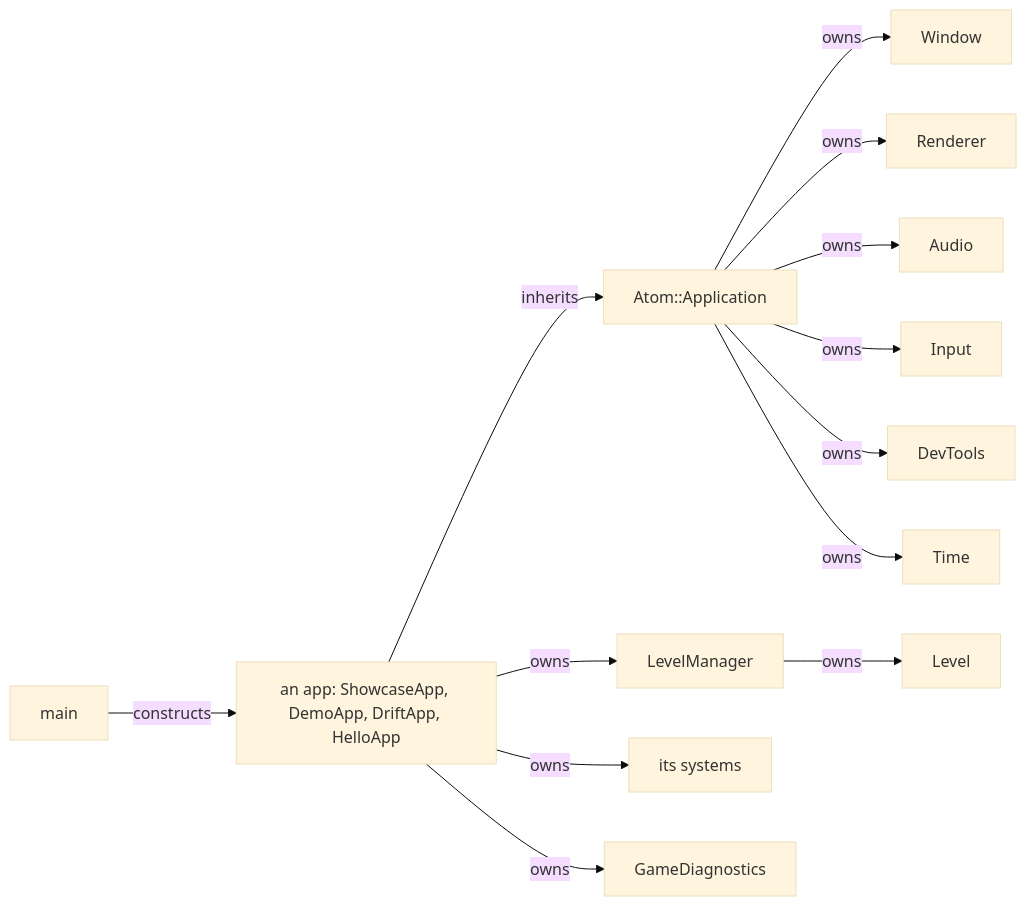
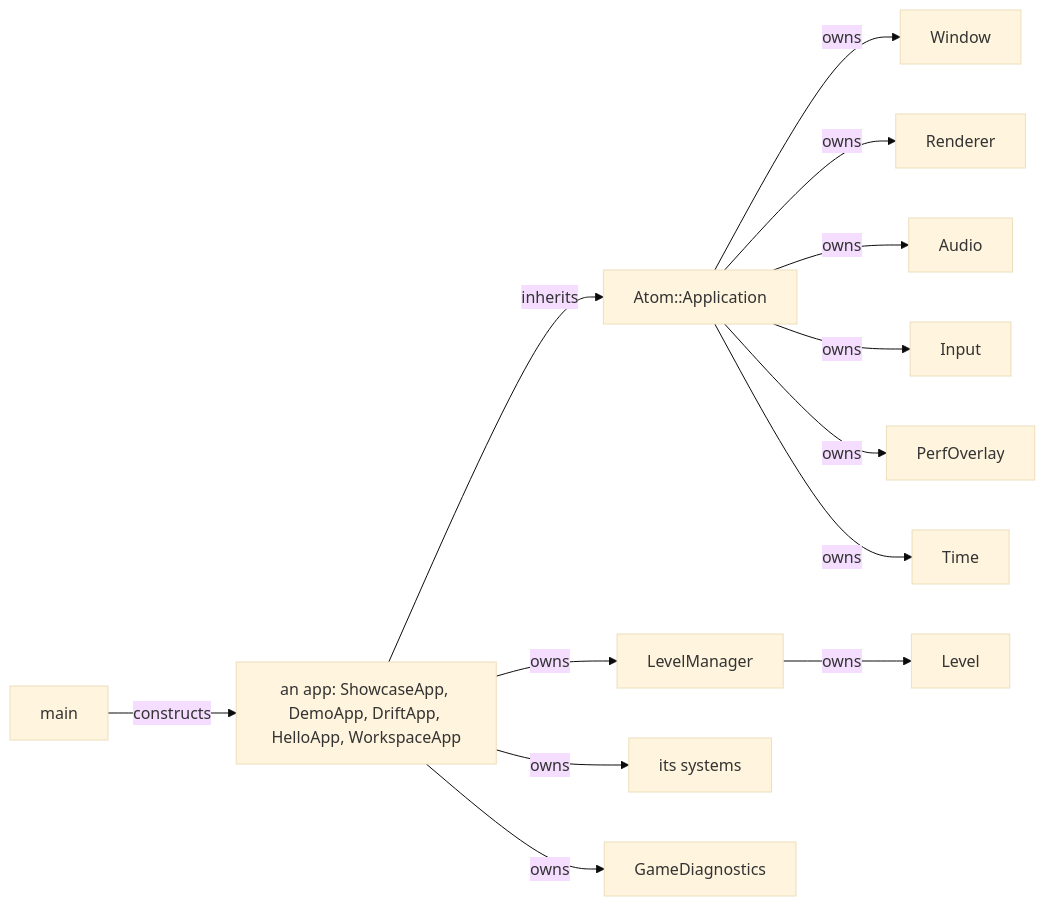
Before and after one commit to fgdoliveira/AtomEngine: the second of 7 diagrams in docs/Architecture.md, drawn with Mermaid (base theme). The commit also changed other lines of this file and 93 other files, not shown here.

````diff
--- a/docs/Architecture.md
+++ b/docs/Architecture.md
@@ -103,8 +133,8 @@
 ```mermaid
 graph LR
-    Main[main] -->|constructs| App[an app: ShowcaseApp, DemoApp, DriftApp, HelloApp]
+    Main[main] -->|constructs| App[an app: ShowcaseApp, DemoApp, DriftApp, HelloApp, WorkspaceApp]
     App -->|inherits| Base[Atom::Application]
-    Base -->|owns| Window & Renderer & Audio & Input & DevTools & Time
+    Base -->|owns| Window & Renderer & Audio & Input & PerfOverlay & Time
     App -->|owns| Levels[LevelManager] & Systems[its systems] & Diag[GameDiagnostics]
     Levels -->|owns| Level
 ```
````
